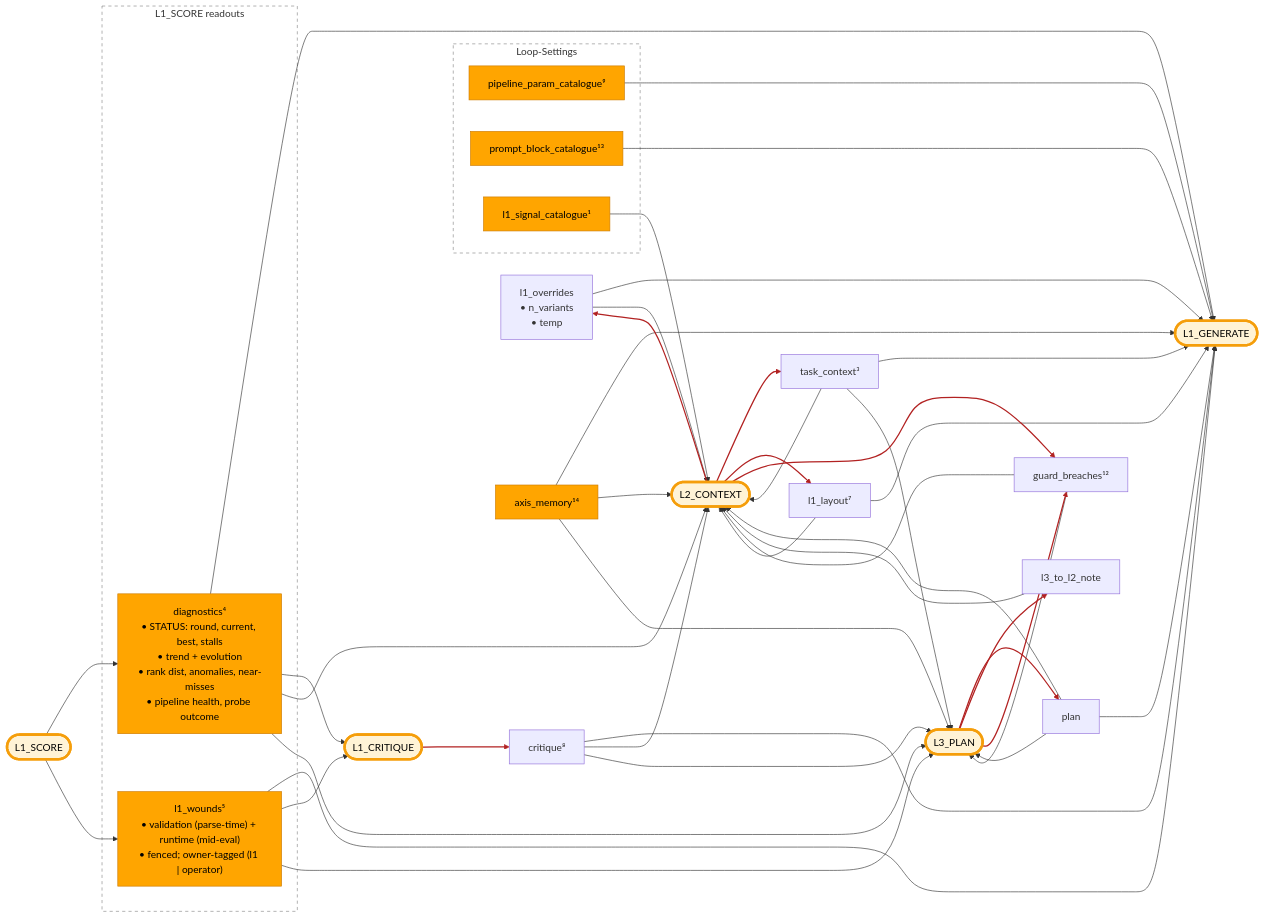
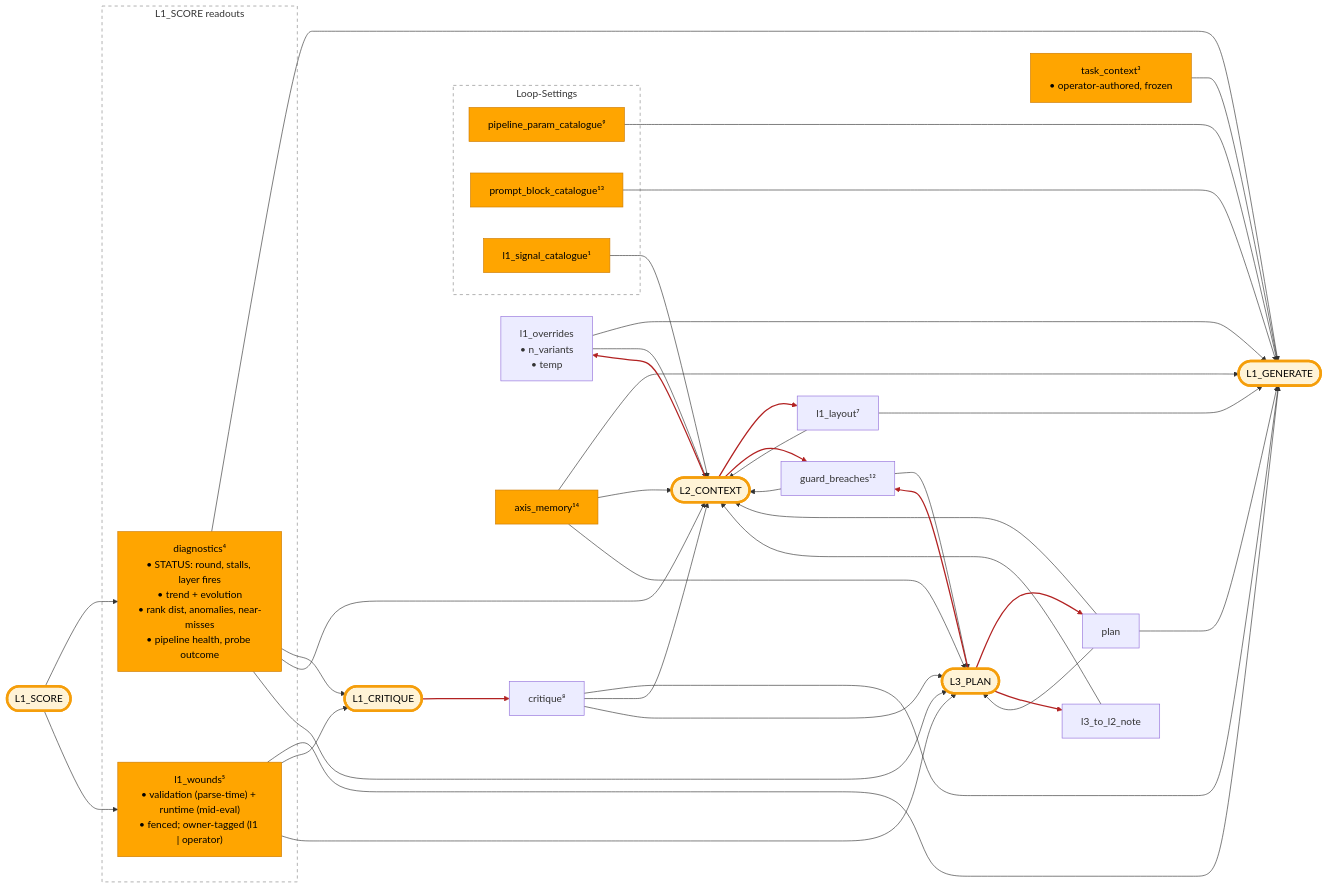
The diagram in docs/developer/dispatch-hub.md (PromptPotter/prompt-potter-optimizer), drawn with Mermaid before and after one commit. The commit also changed other lines of this file and 64 other files, not shown here.

First line of the commit message:
refactor(l1): one candidate delta, framing frozen, layout by panel

````diff
--- a/docs/developer/dispatch-hub.md
+++ b/docs/developer/dispatch-hub.md
@@ -26,7 +26,7 @@
   %% L1_SCORE readouts — diagnostics is per-round on Bundle.digest; l1_wounds
   %% (validation parse-time + runtime mid-eval) accumulates on OptSearchPoint cross-round.
   subgraph SR["L1_SCORE readouts"]
-    DIAG["diagnostics⁴<br/>• STATUS: round, current, best, stalls<br/>• trend + evolution<br/>• rank dist, anomalies, near-misses<br/>• pipeline health, probe outcome"]:::det
+    DIAG["diagnostics⁴<br/>• STATUS: round, stalls, layer fires<br/>• trend + evolution<br/>• rank dist, anomalies, near-misses<br/>• pipeline health, probe outcome"]:::det
     L1W["l1_wounds⁵<br/>• validation (parse-time) + runtime (mid-eval)<br/>• fenced; owner-tagged (l1 | operator)"]:::det
   end
   style SR fill:none,stroke:#888,stroke-dasharray: 5 5
@@ -47,8 +47,10 @@
   L1S([L1_SCORE]):::proc
   L2P([L2_CONTEXT]):::proc
 
-  %% Standalone L2-produced signals
-  TC[task_context³]
+  %% Operator-authored framing — decomposed at check-in, frozen for the run; no layer writes it
+  TC["task_context³<br/>• operator-authored, frozen"]:::det
+
+  %% Standalone L2-produced signal
   LAYOUT[l1_layout⁷]
 
   %% Cross-round AxisIndex digest
@@ -95,14 +97,12 @@
   GB --> L2P
   CRIT --> L2P
   CPAR --> L2P
-  TC --> L2P
   CAT --> L2P
   AXM --> L2P
   LAYOUT --> L2P
 
   %% L3_PLAN inputs — sink: sees both wound groups.
   PLAN --> L3P
-  TC --> L3P
   DIAG --> L3P
   L1W --> L3P
   GB --> L3P
@@ -112,7 +112,6 @@
   %% LLM-produced feedback edges (red)
   L3P --> PLAN
   L3P --> L3N
-  L2P --> TC
   L2P --> CPAR
   L2P --> LAYOUT
   L1C --> CRIT
@@ -123,6 +122,6 @@
   L1S --> DIAG
   L1S --> L1W
 
-  %% Red styling for the 8 LLM-produced feedback edges (post-round)
-  linkStyle 29,30,31,32,33,34,35,36 stroke:#B22222,stroke-width:2px
+  %% Red styling for the 7 LLM-produced feedback edges (post-round)
+  linkStyle 27,28,29,30,31,32,33 stroke:#B22222,stroke-width:2px
 ```
````
